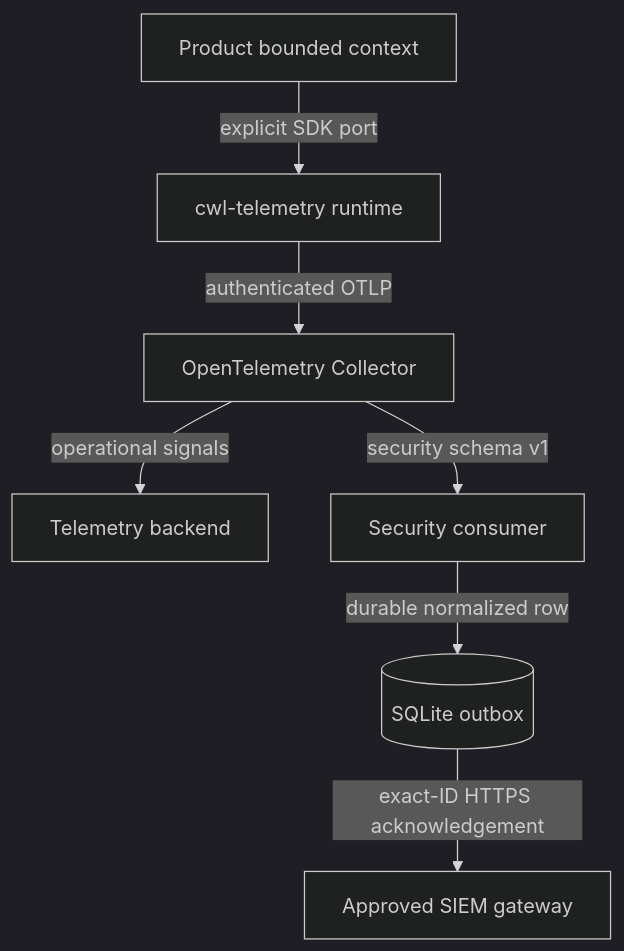
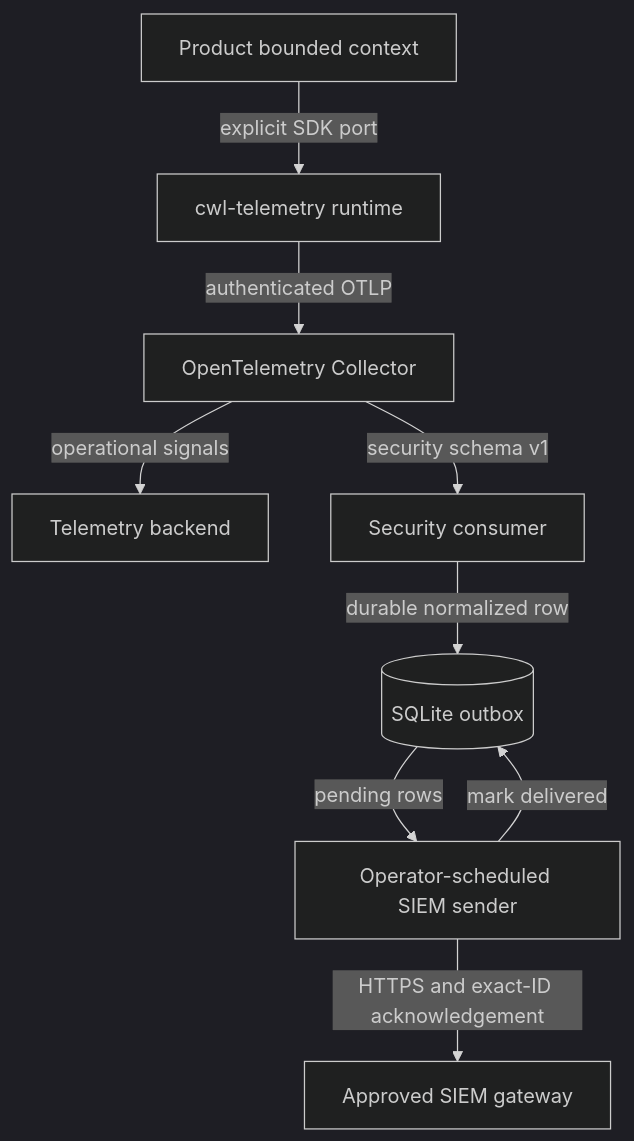
Before and after one commit to ContextualWisdomLab/cwl-telemetry: the first of 3 diagrams in docs/product-technical-gap-baseline.md, drawn with Mermaid (dark theme). The commit also changed other lines of this file and 2 other files, not shown here.

Commit message:
docs: correct telemetry evidence and sender topology

````diff
--- a/docs/product-technical-gap-baseline.md
+++ b/docs/product-technical-gap-baseline.md
@@ -51,9 +52,11 @@
 ```mermaid
 flowchart TD
     Product[Product bounded context] -->|explicit SDK port| Runtime[cwl-telemetry runtime]
     Runtime -->|authenticated OTLP| Collector[OpenTelemetry Collector]
     Collector -->|operational signals| Backend[Telemetry backend]
     Collector -->|security schema v1| Consumer[Security consumer]
     Consumer -->|durable normalized row| Outbox[(SQLite outbox)]
-    Outbox -->|exact-ID HTTPS acknowledgement| SIEM[Approved SIEM gateway]
+    Outbox -->|pending rows| Sender[Operator-scheduled SIEM sender]
+    Sender -->|HTTPS and exact-ID acknowledgement| SIEM[Approved SIEM gateway]
+    Sender -->|mark delivered| Outbox
 ```
````
